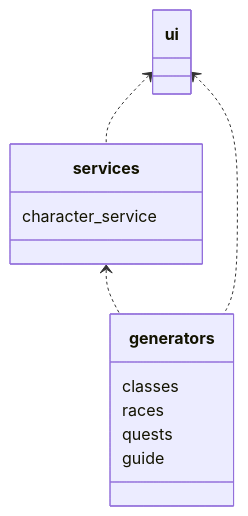
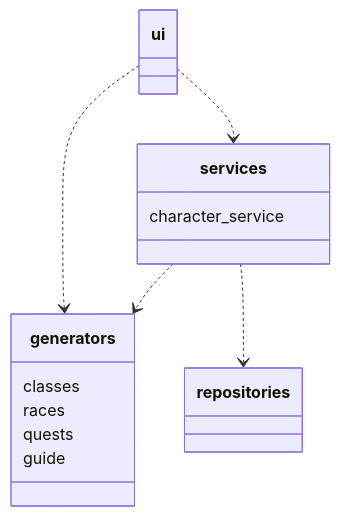
Before and after one commit to sampsaol/ot-harjoitustyo: the first of 2 diagrams in dokumentaatio/arkkitehtuuri.md, drawn with Mermaid. The commit also changed other lines of this file, not shown here.

````diff
--- a/dokumentaatio/arkkitehtuuri.md
+++ b/dokumentaatio/arkkitehtuuri.md
@@ -1,20 +7,20 @@
 ```mermaid
 classDiagram
-  ui <.. services
-  services <.. generators
-  ui <.. generators
+  ui ..> services 
+  services ..> generators
+  services ..> repositories
+  ui ..> generators
 
   class ui{
   }
   class services{
     character_service
   }
   class generators{
     classes
     races
     quests
     guide
   }
 
-
 ```
````
